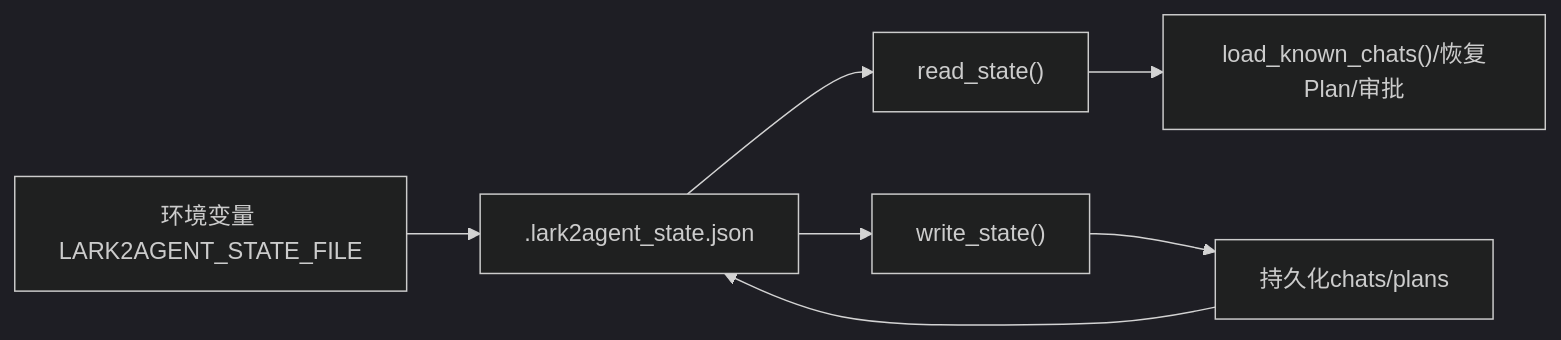
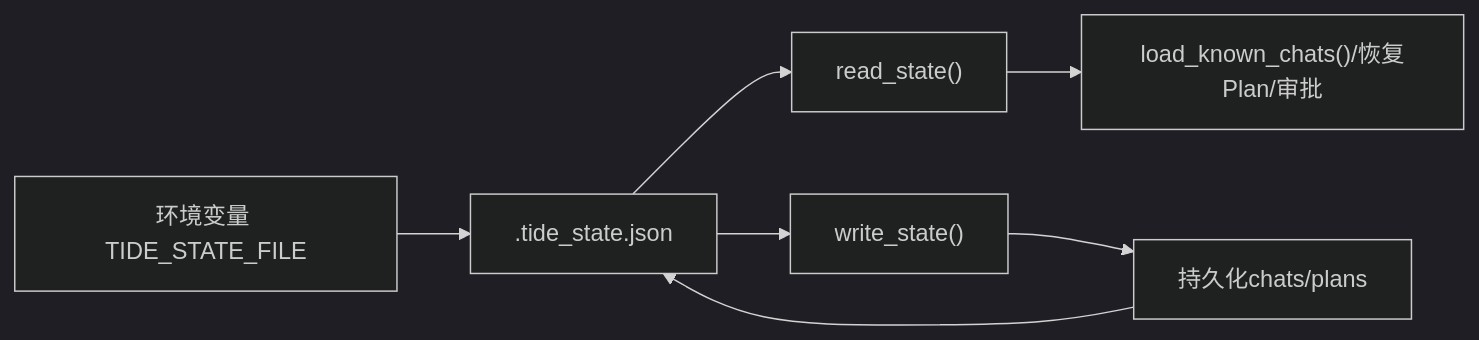
One commit to winditer/tide changed the fifth of 5 diagrams in .qoder/repowiki/zh/content/高级特性/状态同步/状态持久化.md. Above: the diagram before and after it, drawn with Mermaid (dark theme). The commit also changed other lines of this file and 260 other files, not shown here.

````diff
--- a/.qoder/repowiki/zh/content/高级特性/状态同步/状态持久化.md
+++ b/.qoder/repowiki/zh/content/高级特性/状态同步/状态持久化.md
@@ -369,9 +369,9 @@
 ```mermaid
 graph LR
-Env["环境变量 LARK2AGENT_STATE_FILE"] --> StateFile[".lark2agent_state.json"]
+Env["环境变量 TIDE_STATE_FILE"] --> StateFile[".tide_state.json"]
 StateFile --> Read["read_state()"]
 StateFile --> Write["write_state()"]
 Read --> Restore["load_known_chats()/恢复Plan/审批"]
 Write --> Persist["持久化chats/plans"]
 Persist --> StateFile
 ```
````
